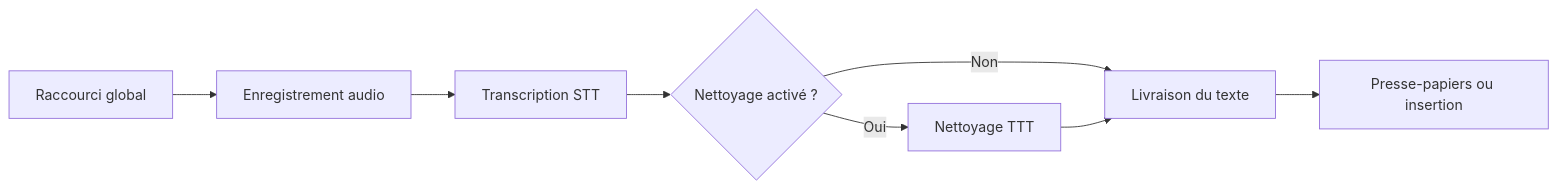
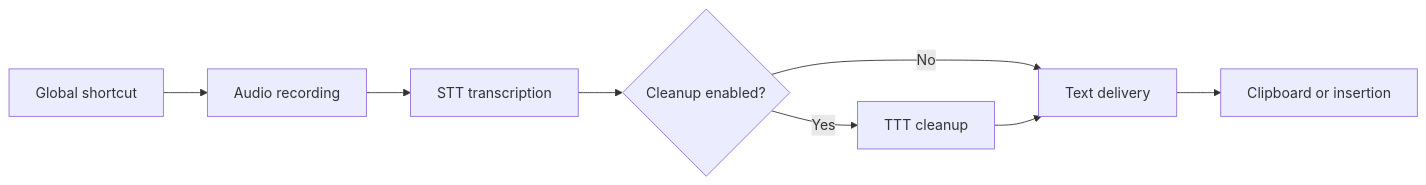
The first of 3 diagrams in TECHNICAL_PLAN.md (d9beuD/murmure), drawn with Mermaid before and after one commit. The commit also changed other lines of this file and 34 other files, not shown here.

````diff
--- a/TECHNICAL_PLAN.md
+++ b/TECHNICAL_PLAN.md
@@ -15,10 +15,10 @@
 ```mermaid
 flowchart LR
-    H["Raccourci global"] --> R["Enregistrement audio"]
-    R --> S["Transcription STT"]
-    S --> C{"Nettoyage activé ?"}
-    C -- "Oui" --> T["Nettoyage TTT"]
-    C -- "Non" --> D["Livraison du texte"]
+    H["Global shortcut"] --> R["Audio recording"]
+    R --> S["STT transcription"]
+    S --> C{"Cleanup enabled?"}
+    C -- "Yes" --> T["TTT cleanup"]
+    C -- "No" --> D["Text delivery"]
     T --> D
-    D --> O["Presse-papiers ou insertion"]
+    D --> O["Clipboard or insertion"]
 ```
````
